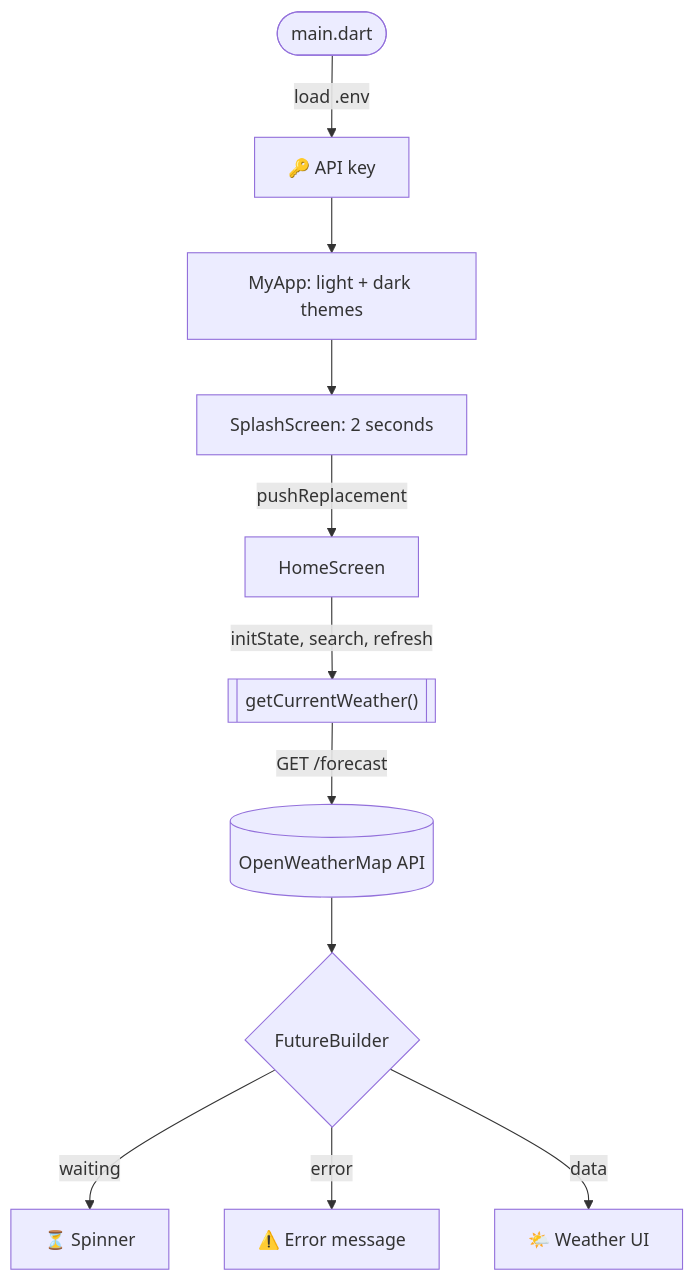
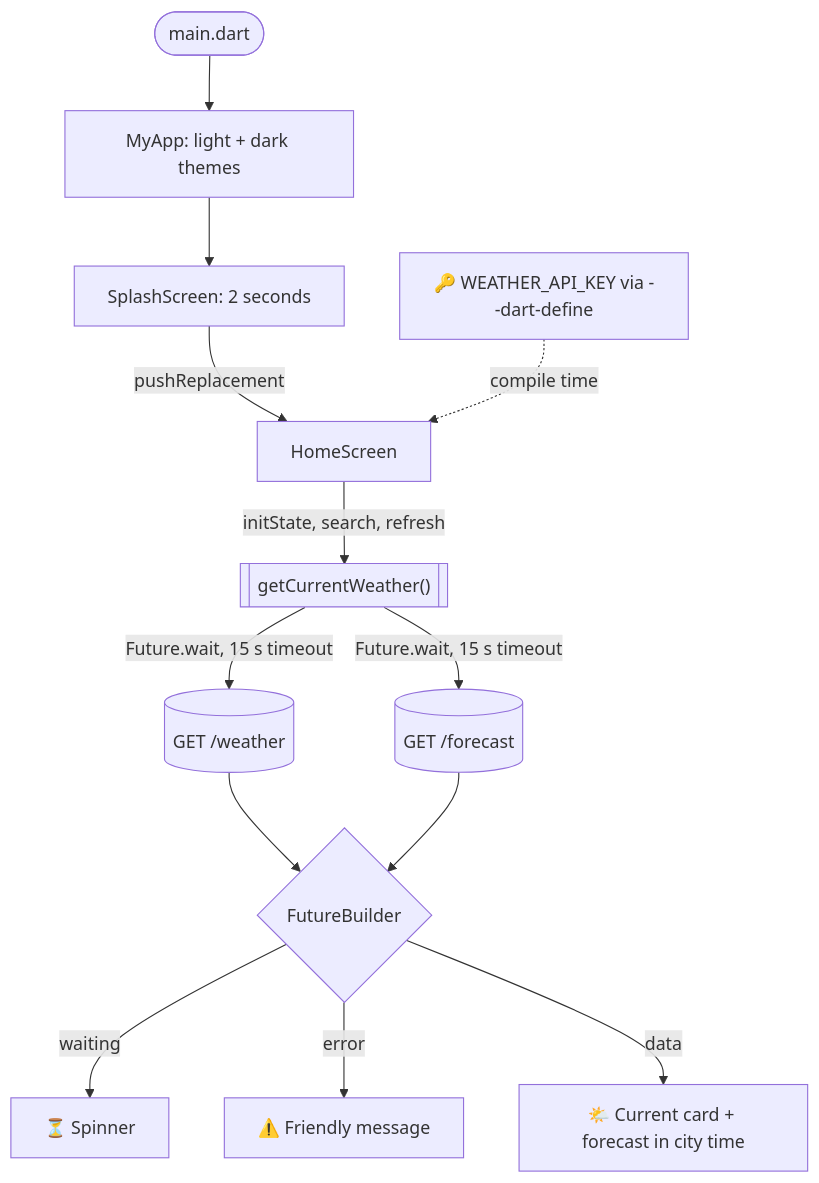
One commit to RafayAijaz/Weather-App changed the first of 3 diagrams in README.md. Above: the diagram before and after it, drawn with Mermaid. The commit also changed other lines of this file, not shown here.

````diff
--- a/README.md
+++ b/README.md
@@ -89,13 +100,15 @@
 ```mermaid
 flowchart TD
-    A(["main.dart"]) -->|"load .env"| B["🔑 API key"]
-    B --> C["MyApp: light + dark themes"]
+    A(["main.dart"]) --> C["MyApp: light + dark themes"]
     C --> D["SplashScreen: 2 seconds"]
     D -->|"pushReplacement"| E["HomeScreen"]
+    K["🔑 WEATHER_API_KEY via --dart-define"] -.->|"compile time"| E
     E -->|"initState, search, refresh"| F[["getCurrentWeather()"]]
-    F -->|"GET /forecast"| G[("OpenWeatherMap API")]
-    G --> H{"FutureBuilder"}
+    F -->|"Future.wait, 15 s timeout"| G1[("GET /weather")]
+    F -->|"Future.wait, 15 s timeout"| G2[("GET /forecast")]
+    G1 --> H{"FutureBuilder"}
+    G2 --> H
     H -->|"waiting"| I["⏳ Spinner"]
-    H -->|"error"| J["⚠️ Error message"]
-    H -->|"data"| K["🌤️ Weather UI"]
+    H -->|"error"| J["⚠️ Friendly message"]
+    H -->|"data"| L["🌤️ Current card + forecast in city time"]
 ```
````
